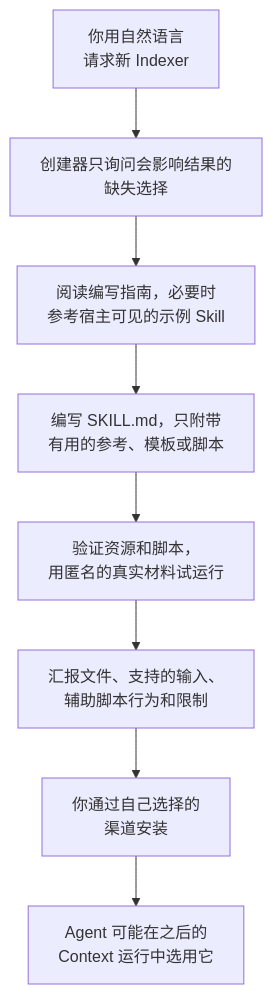
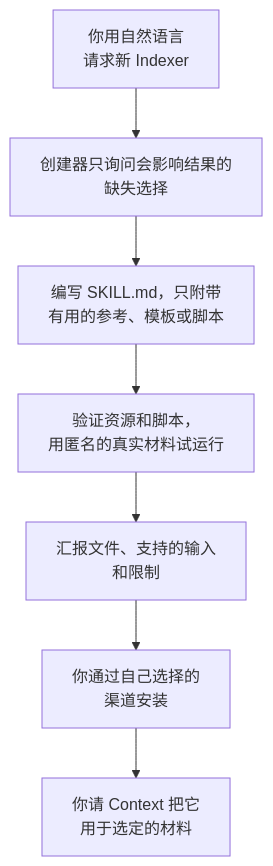
The diagram in translations/zh-CN/sop/custom-indexers/creating-an-indexer.md (context4ai/portal), drawn with Mermaid before and after one commit. The commit also changed other lines of this file and 129 other files, not shown here.

````diff
--- a/translations/zh-CN/sop/custom-indexers/creating-an-indexer.md
+++ b/translations/zh-CN/sop/custom-indexers/creating-an-indexer.md
@@ -19,10 +18,9 @@
 ```mermaid
 flowchart TD
   ask["你用自然语言<br/>请求新 Indexer"] --> clarify["创建器只询问会影响结果的<br/>缺失选择"]
-  clarify --> study["阅读编写指南，必要时<br/>参考宿主可见的示例 Skill"]
-  study --> write["编写 SKILL.md，只附带<br/>有用的参考、模板或脚本"]
+  clarify --> write["编写 SKILL.md，只附带<br/>有用的参考、模板或脚本"]
   write --> check["验证资源和脚本，<br/>用匿名的真实材料试运行"]
-  check --> report["汇报文件、支持的输入、<br/>辅助脚本行为和限制"]
+  check --> report["汇报文件、支持的输入<br/>和限制"]
   report --> install["你通过自己选择的<br/>渠道安装"]
-  install --> select["Agent 可能在之后的<br/>Context 运行中选用它"]
+  install --> use["你请 Context 把它<br/>用于选定的材料"]
 ```
````
